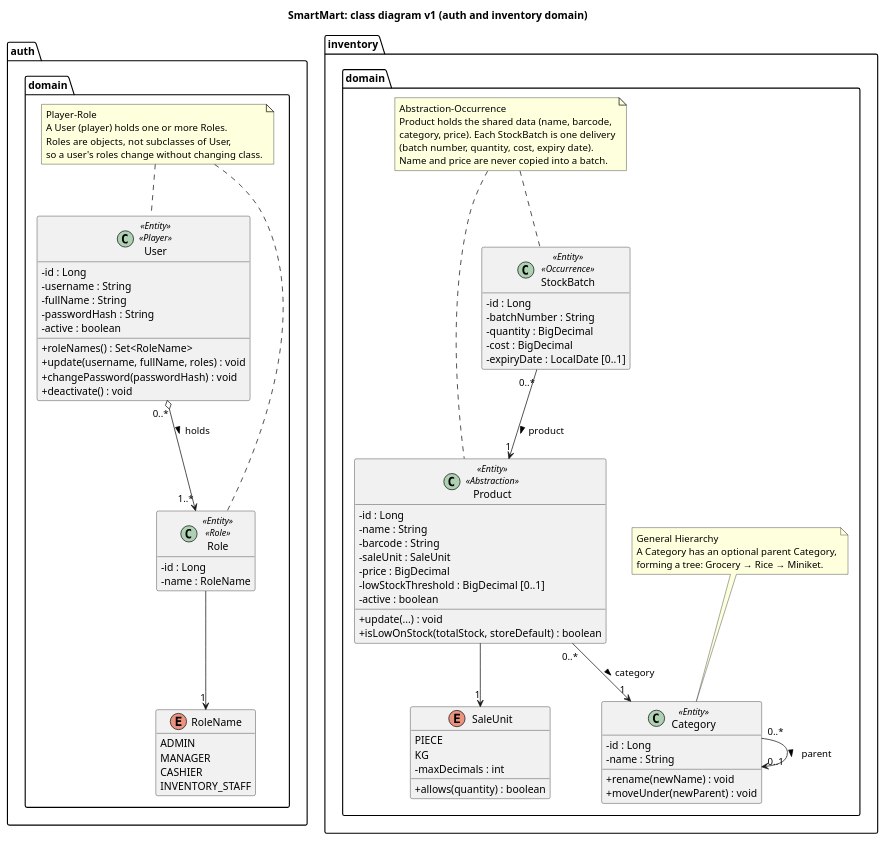
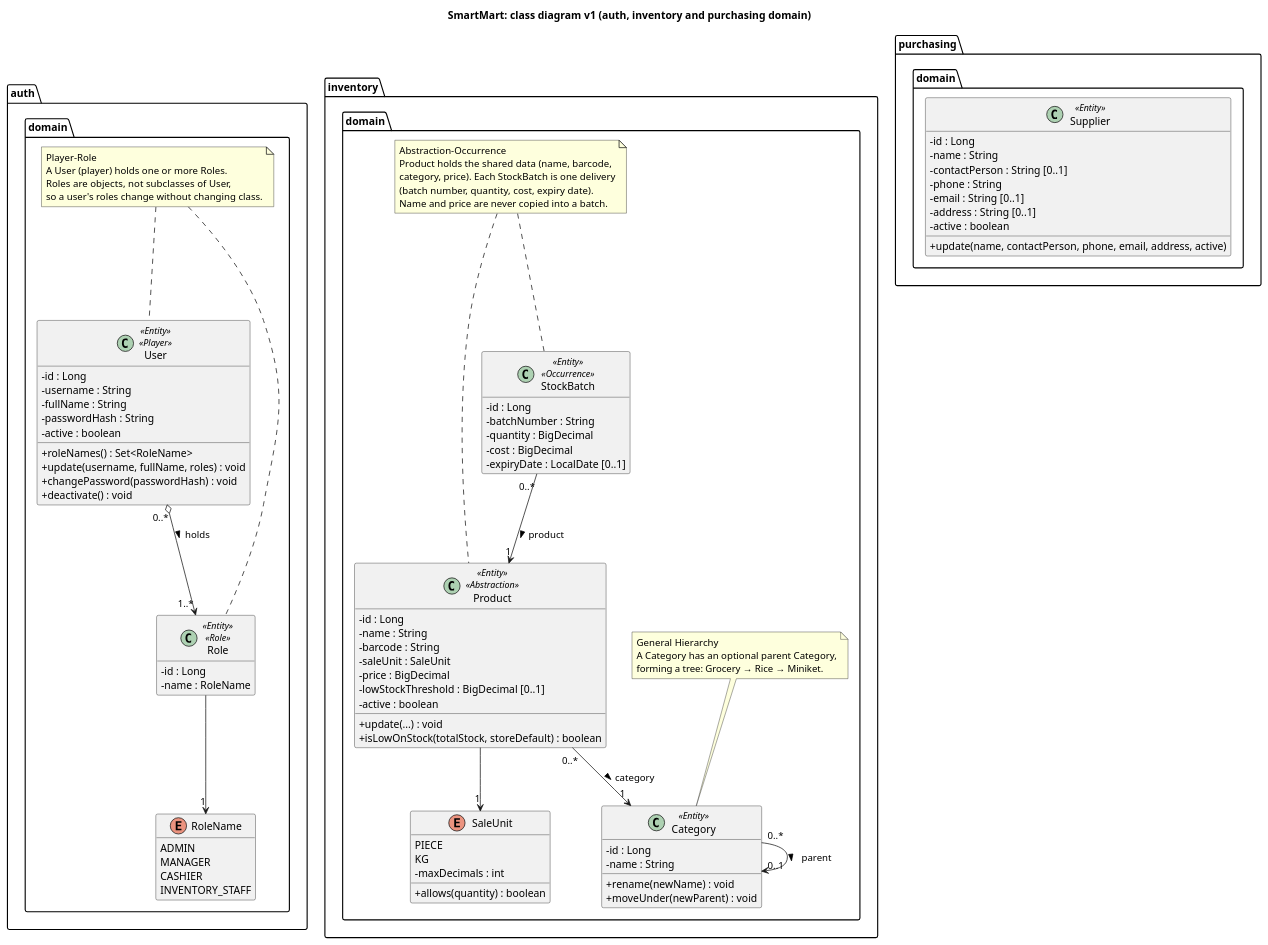
One commit to ami-JANI/smartmart changed the diagram in docs/uml/class-diagram.puml. Above: the diagram before and after it, drawn with PlantUML. The commit also changed 19 other files, not shown here.

First line of the commit message:
feat(purchasing): add supplier management

```diff
--- a/docs/uml/class-diagram.puml
+++ b/docs/uml/class-diagram.puml
@@ -1,95 +1,109 @@
 @startuml class-diagram
-title SmartMart: class diagram v1 (auth and inventory domain)
+title SmartMart: class diagram v1 (auth, inventory and purchasing domain)
 skinparam shadowing false
 skinparam classAttributeIconSize 0
 hide empty members
 
-' Entities and value types built so far, in com.smartmart.auth.domain and
-' com.smartmart.inventory.domain. Every entity also has createdAt and
+' Entities and value types built so far, in com.smartmart.auth.domain,
+' com.smartmart.inventory.domain and com.smartmart.purchasing.domain. Every entity also has createdAt and
 ' updatedAt (Instant), left out here to keep the diagram readable.
 ' Modelling patterns from GUIDELINES.md section 5.11 are shown as notes.
 
 package "auth.domain" {
 
   class User <<Entity>> <<Player>> {
     - id : Long
     - username : String
     - fullName : String
     - passwordHash : String
     - active : boolean
     + roleNames() : Set<RoleName>
     + update(username, fullName, roles) : void
     + changePassword(passwordHash) : void
     + deactivate() : void
   }
 
   class Role <<Entity>> <<Role>> {
     - id : Long
     - name : RoleName
   }
 
   enum RoleName {
     ADMIN
     MANAGER
     CASHIER
     INVENTORY_STAFF
   }
 
   User "0..*" o--> "1..*" Role : holds >
   Role --> "1" RoleName
 
   note "Player–Role\nA User (player) holds one or more Roles.\nRoles are objects, not subclasses of User,\nso a user's roles change without changing class." as N_PR
   N_PR .. User
   N_PR .. Role
 }
 
 package "inventory.domain" {
 
   class Category <<Entity>> {
     - id : Long
     - name : String
     + rename(newName) : void
     + moveUnder(newParent) : void
   }
 
   class Product <<Entity>> <<Abstraction>> {
     - id : Long
     - name : String
     - barcode : String
     - saleUnit : SaleUnit
     - price : BigDecimal
     - lowStockThreshold : BigDecimal [0..1]
     - active : boolean
     + update(...) : void
     + isLowOnStock(totalStock, storeDefault) : boolean
   }
 
   class StockBatch <<Entity>> <<Occurrence>> {
     - id : Long
     - batchNumber : String
     - quantity : BigDecimal
     - cost : BigDecimal
     - expiryDate : LocalDate [0..1]
   }
 
   enum SaleUnit {
     PIECE
     KG
     - maxDecimals : int
     + allows(quantity) : boolean
   }
 
   Category "0..*" --> "0..1" Category : parent >
   Product "0..*" --> "1" Category : category >
   StockBatch "0..*" --> "1" Product : product >
   Product --> "1" SaleUnit
 
   note "General Hierarchy\nA Category has an optional parent Category,\nforming a tree: Grocery → Rice → Miniket." as N_GH
   N_GH .. Category
 
   note "Abstraction–Occurrence\nProduct holds the shared data (name, barcode,\ncategory, price). Each StockBatch is one delivery\n(batch number, quantity, cost, expiry date).\nName and price are never copied into a batch." as N_AO
   N_AO .. Product
   N_AO .. StockBatch
 }
 
+package "purchasing.domain" {
+
+  class Supplier <<Entity>> {
+    - id : Long
+    - name : String
+    - contactPerson : String [0..1]
+    - phone : String
+    - email : String [0..1]
+    - address : String [0..1]
+    - active : boolean
+    + update(name, contactPerson, phone, email, address, active)
+  }
+}
+
 @enduml
```
